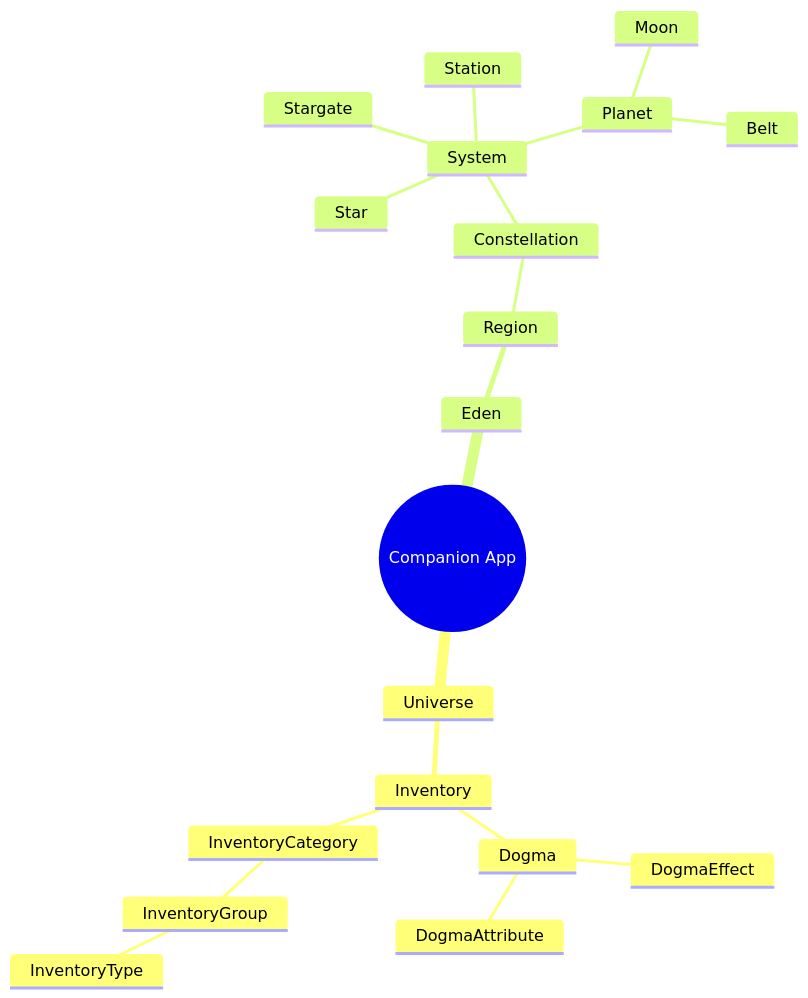
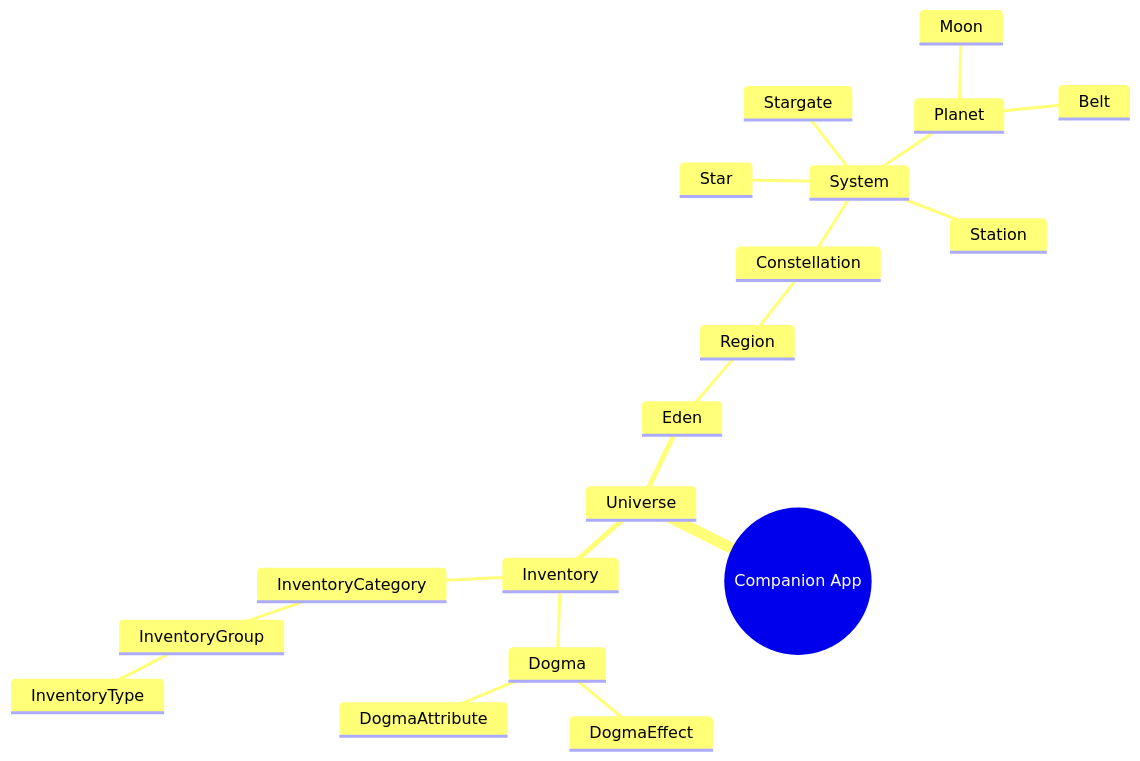
Before and after one commit to Incomplete-Infinity/eve-companion: the diagram in README.md, drawn with Mermaid.

````diff
--- a/README.md
+++ b/README.md
@@ -41,23 +41,23 @@
 ```mermaid
 mindmap
   root((Companion App))
     Universe
       Inventory
         Dogma
           DogmaEffect
           DogmaAttribute
         InventoryCategory
           InventoryGroup
             InventoryType
-    Eden
-      Region
-        Constellation
-          System
-            Star
-            Stargate
-            Station
-            Planet
-              Moon
-              Belt
+      Eden
+        Region
+          Constellation
+            System
+              Star
+              Stargate
+              Station
+              Planet
+                Moon
+                Belt
 
 ```
````
